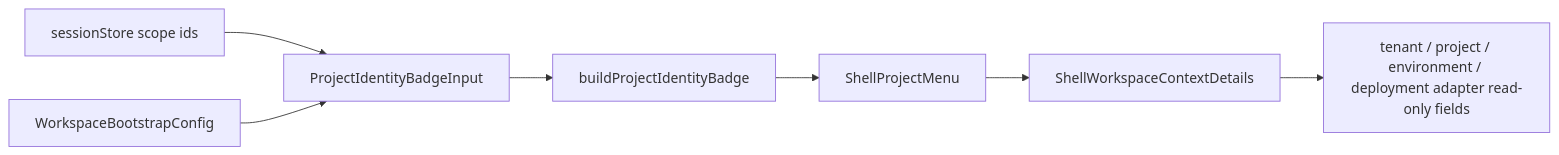
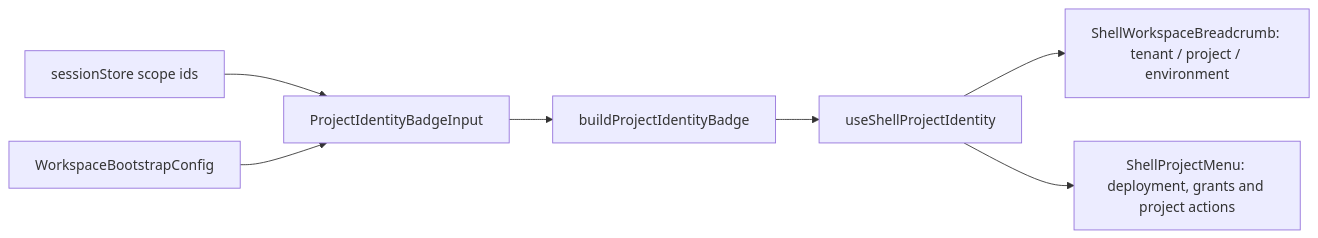
The second of 4 diagrams in docs/architecture/components/web/appshell/shell-workspace-context-component.md (dunay2/dvt), drawn with Mermaid before and after one commit. The commit also changed other lines of this file and 14 other files, not shown here.

Commit message:
refactor(web): Show workspace breadcrumb and consolidate project properties (#3848)

````diff
--- a/docs/architecture/components/web/appshell/shell-workspace-context-component.md
+++ b/docs/architecture/components/web/appshell/shell-workspace-context-component.md
@@ -84,9 +87,9 @@
 ```mermaid
 flowchart LR
   Store["sessionStore scope ids"] --> Input["ProjectIdentityBadgeInput"]
   Bootstrap["WorkspaceBootstrapConfig"] --> Input
   Input --> Projection["buildProjectIdentityBadge"]
-  Projection --> Menu["ShellProjectMenu"]
-  Menu --> Details["ShellWorkspaceContextDetails"]
-  Details --> Fields["tenant / project / environment / deployment adapter read-only fields"]
+  Projection --> Binding["useShellProjectIdentity"]
+  Binding --> Breadcrumb["ShellWorkspaceBreadcrumb: tenant / project / environment"]
+  Binding --> Menu["ShellProjectMenu: deployment, grants and project actions"]
 ```
````
